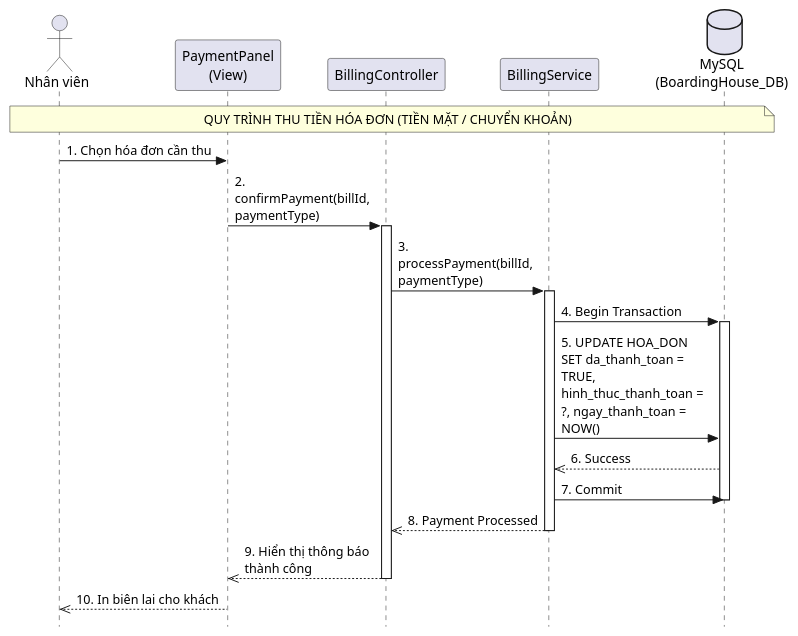
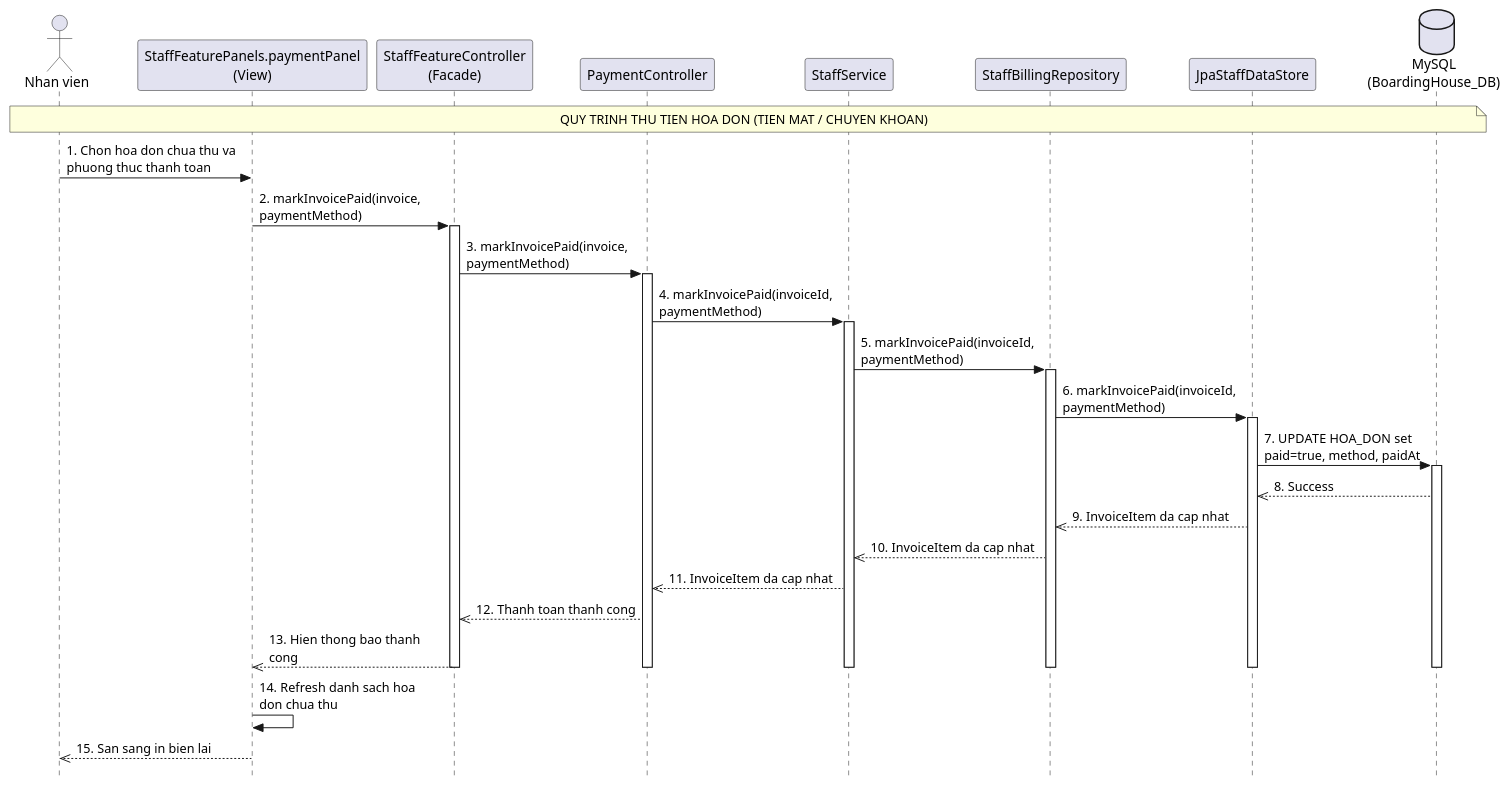
The diagram in src/main/java/com/example/house/uml/sequence/sequence_bill_payment.puml (ongming/Boarding-House-Management-System), drawn with PlantUML before and after one commit. The commit also changed 50 other files, not shown here.

```diff
--- a/src/main/java/com/example/house/uml/sequence/sequence_bill_payment.puml
+++ b/src/main/java/com/example/house/uml/sequence/sequence_bill_payment.puml
@@ -1,37 +1,47 @@
 @startuml
 skinparam style strictuml
-skinparam maxMessageSize 150
+skinparam maxMessageSize 180
 
-actor "Nhân viên" as Staff
-participant "PaymentPanel\n(View)" as View
-participant "BillingController" as Controller
-participant "BillingService" as Service
+actor "Nhan vien" as Staff
+participant "StaffFeaturePanels.paymentPanel\n(View)" as View
+participant "StaffFeatureController\n(Facade)" as Facade
+participant "PaymentController" as Controller
+participant "StaffService" as Service
+participant "StaffBillingRepository" as Repository
+participant "JpaStaffDataStore" as DataStore
 database "MySQL\n(BoardingHouse_DB)" as DB
 
-Note over Staff, DB: QUY TRÌNH THU TIỀN HÓA ĐƠN (TIỀN MẶT / CHUYỂN KHOẢN)
+Note over Staff, DB: QUY TRINH THU TIEN HOA DON (TIEN MAT / CHUYEN KHOAN)
 
-Staff -> View : 1. Chọn hóa đơn cần thu
-View -> Controller : 2. confirmPayment(billId, paymentType)
+Staff -> View : 1. Chon hoa don chua thu va phuong thuc thanh toan
+View -> Facade : 2. markInvoicePaid(invoice, paymentMethod)
+activate Facade
+
+Facade -> Controller : 3. markInvoicePaid(invoice, paymentMethod)
 activate Controller
+Controller -> Service : 4. markInvoicePaid(invoiceId, paymentMethod)
+activate Service
+Service -> Repository : 5. markInvoicePaid(invoiceId, paymentMethod)
+activate Repository
+Repository -> DataStore : 6. markInvoicePaid(invoiceId, paymentMethod)
+activate DataStore
 
-Controller -> Service : 3. processPayment(billId, paymentType)
-activate Service
+DataStore -> DB : 7. UPDATE HOA_DON set paid=true, method, paidAt
+activate DB
+DB -->> DataStore : 8. Success
+DataStore -->> Repository : 9. InvoiceItem da cap nhat
+Repository -->> Service : 10. InvoiceItem da cap nhat
+Service -->> Controller : 11. InvoiceItem da cap nhat
+Controller -->> Facade : 12. Thanh toan thanh cong
+Facade -->> View : 13. Hien thong bao thanh cong
 
-Service -> DB : 4. Begin Transaction
-activate DB
+deactivate DB
+deactivate DataStore
+deactivate Repository
+deactivate Service
+deactivate Controller
+deactivate Facade
 
-' Cập nhật hóa đơn
-Service -> DB : 5. UPDATE HOA_DON SET da_thanh_toan = TRUE,\nhinh_thuc_thanh_toan = ?, ngay_thanh_toan = NOW()
-DB -->> Service : 6. Success
-
-Service -> DB : 7. Commit
-deactivate DB
-
-Service -->> Controller : 8. Payment Processed
-deactivate Service
-
-Controller -->> View : 9. Hiển thị thông báo thành công
-deactivate Controller
-
-View -->> Staff : 10. In biên lai cho khách
+View -> View : 14. Refresh danh sach hoa don chua thu
+View -->> Staff : 15. San sang in bien lai
 @enduml
```
